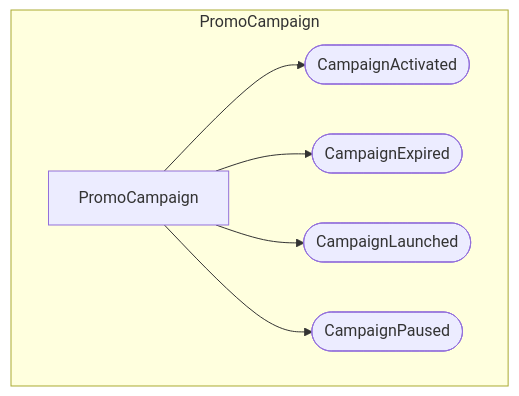
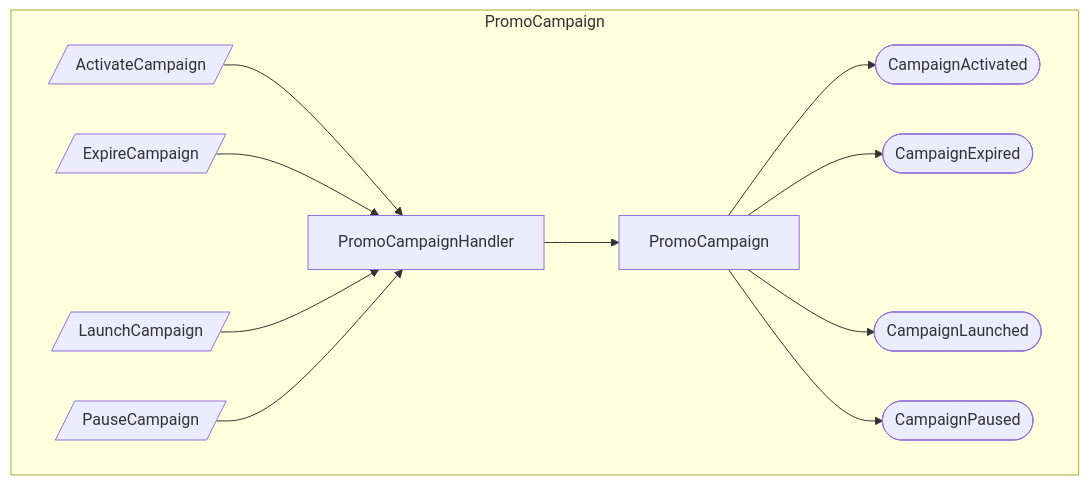
One commit to proteanhq/shopstream changed the first of 4 diagrams in docs/loyalty/event-flows.md. Above: the diagram before and after it, drawn with Mermaid. The commit also changed other lines of this file and 15 other files, not shown here.

First line of the commit message:
loyalty: wire up PromoCampaign + active-campaign points multiplier (Phase 2) (#14)

````diff
--- a/docs/loyalty/event-flows.md
+++ b/docs/loyalty/event-flows.md
@@ -3,14 +3,24 @@
 ```mermaid
 flowchart TD
     subgraph loyalty_campaign_campaign_PromoCampaign[PromoCampaign]
         agg_loyalty_campaign_campaign_PromoCampaign[PromoCampaign]
+        cmd_loyalty_campaign_management_ActivateCampaign[/ActivateCampaign/]
+        cmd_loyalty_campaign_management_ExpireCampaign[/ExpireCampaign/]
+        cmd_loyalty_campaign_management_LaunchCampaign[/LaunchCampaign/]
+        cmd_loyalty_campaign_management_PauseCampaign[/PauseCampaign/]
         evt_loyalty_campaign_events_CampaignActivated([CampaignActivated])
         evt_loyalty_campaign_events_CampaignExpired([CampaignExpired])
         evt_loyalty_campaign_events_CampaignLaunched([CampaignLaunched])
         evt_loyalty_campaign_events_CampaignPaused([CampaignPaused])
+        hdlr_loyalty_campaign_management_PromoCampaignHandler[PromoCampaignHandler]
     end
+    cmd_loyalty_campaign_management_ActivateCampaign --> hdlr_loyalty_campaign_management_PromoCampaignHandler
+    cmd_loyalty_campaign_management_ExpireCampaign --> hdlr_loyalty_campaign_management_PromoCampaignHandler
+    cmd_loyalty_campaign_management_LaunchCampaign --> hdlr_loyalty_campaign_management_PromoCampaignHandler
+    cmd_loyalty_campaign_management_PauseCampaign --> hdlr_loyalty_campaign_management_PromoCampaignHandler
+    hdlr_loyalty_campaign_management_PromoCampaignHandler --> agg_loyalty_campaign_campaign_PromoCampaign
     agg_loyalty_campaign_campaign_PromoCampaign --> evt_loyalty_campaign_events_CampaignActivated
     agg_loyalty_campaign_campaign_PromoCampaign --> evt_loyalty_campaign_events_CampaignExpired
     agg_loyalty_campaign_campaign_PromoCampaign --> evt_loyalty_campaign_events_CampaignLaunched
     agg_loyalty_campaign_campaign_PromoCampaign --> evt_loyalty_campaign_events_CampaignPaused
 ```
````
